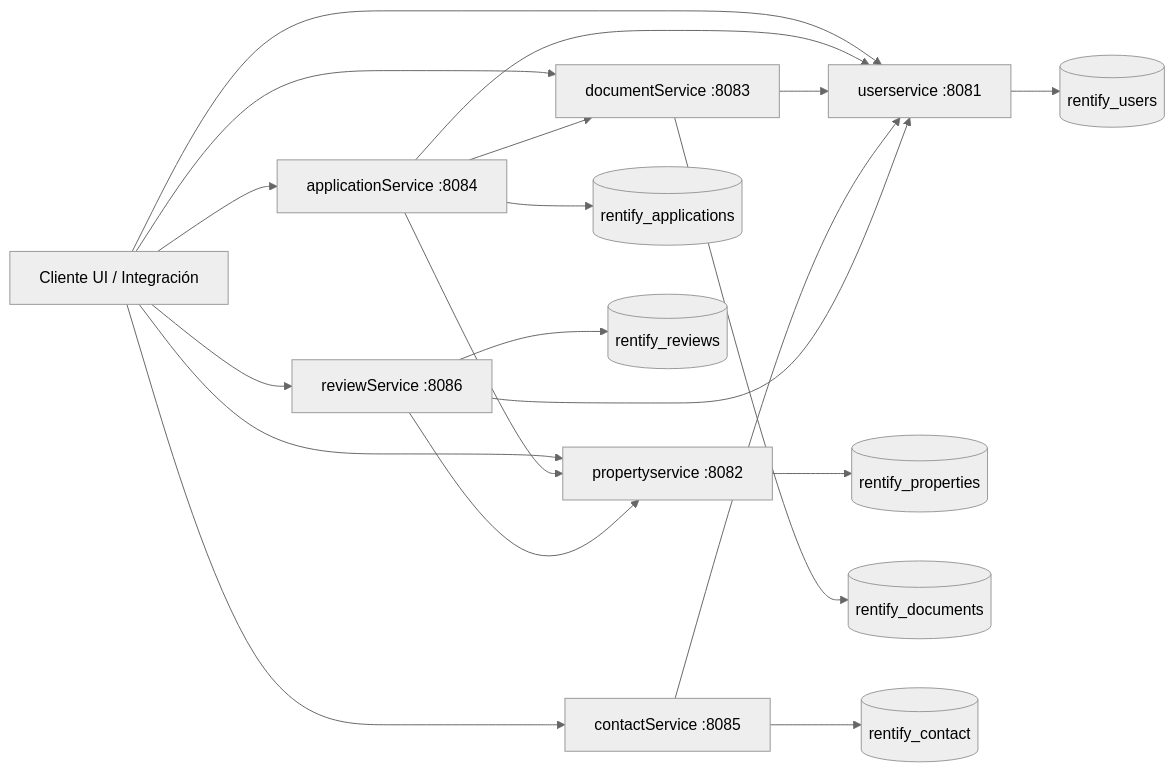
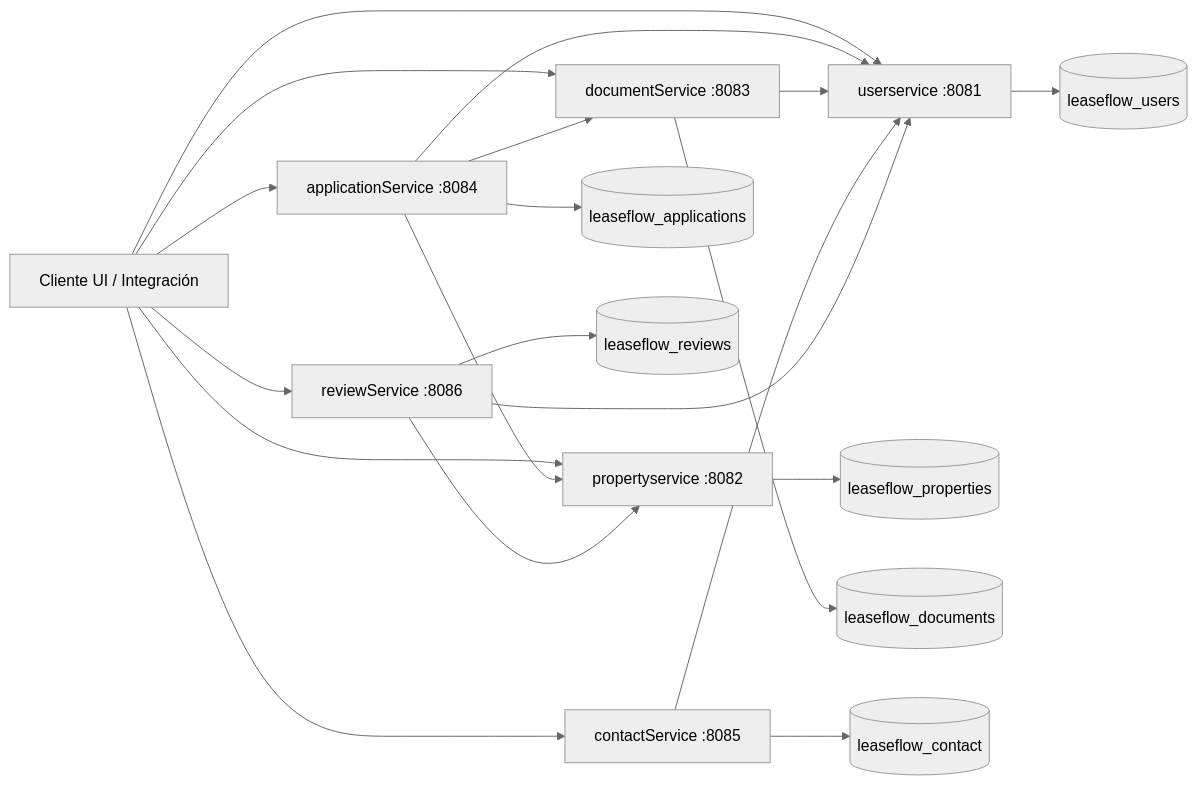
Before and after one commit to JM-48/LeaseFlow: the first of 3 diagrams in README.md, drawn with Mermaid (neutral theme).

Commit message:
Update database references in README.md

````diff
--- a/README.md
+++ b/README.md
@@ -29,25 +29,25 @@
 ```mermaid
 flowchart LR
   Client[Cliente UI / Integración] --> US[userservice :8081]
   Client --> PS[propertyservice :8082]
   Client --> DS[documentService :8083]
   Client --> AS[applicationService :8084]
   Client --> CS[contactService :8085]
   Client --> RS[reviewService :8086]
 
   AS --> US
   AS --> PS
   AS --> DS
 
   DS --> US
   CS --> US
   RS --> US
   RS --> PS
 
-  US --> DBU[(rentify_users)]
-  PS --> DBP[(rentify_properties)]
-  DS --> DBD[(rentify_documents)]
-  AS --> DBA[(rentify_applications)]
-  CS --> DBC[(rentify_contact)]
-  RS --> DBR[(rentify_reviews)]
+  US --> DBU[(leaseflow_users)]
+  PS --> DBP[(leaseflow_properties)]
+  DS --> DBD[(leaseflow_documents)]
+  AS --> DBA[(leaseflow_applications)]
+  CS --> DBC[(leaseflow_contact)]
+  RS --> DBR[(leaseflow_reviews)]
 ```
````
